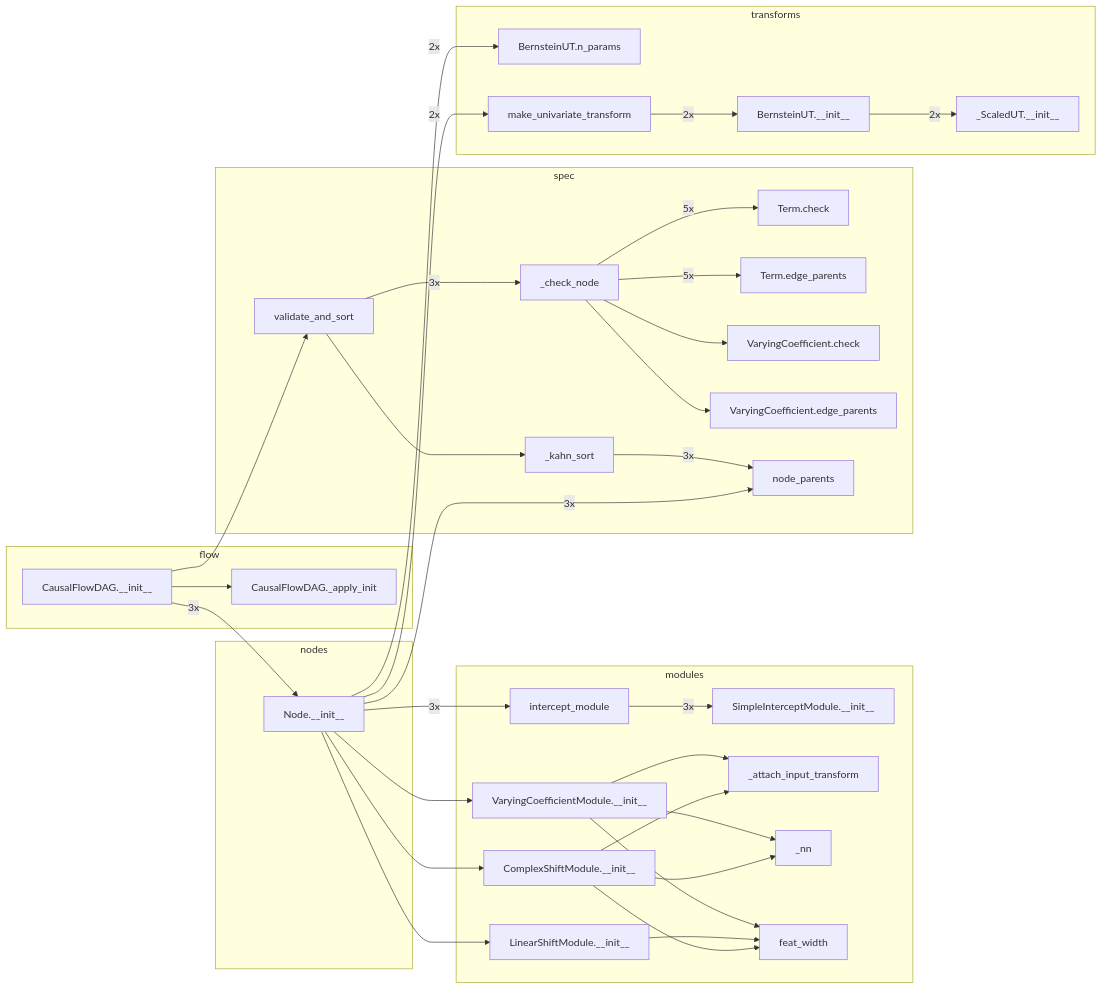
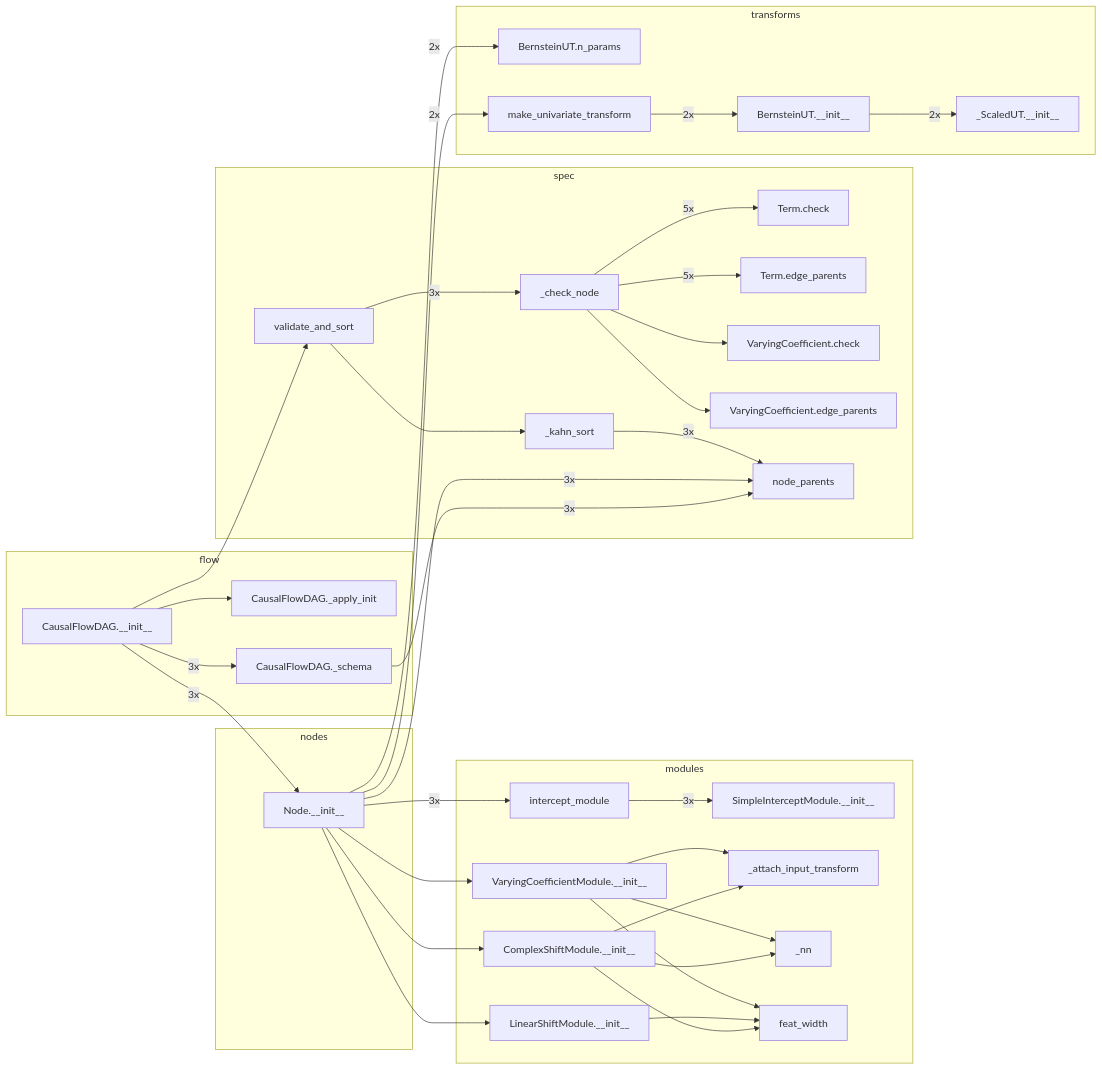
The fifth of 6 diagrams in docs/architecture.md (tensorchiefs/tramdag), drawn with Mermaid before and after one commit. The commit also changed other lines of this file and 3 other files, not shown here.

````diff
--- a/docs/architecture.md
+++ b/docs/architecture.md
@@ -283,63 +292,66 @@
 ```mermaid
 flowchart LR
   subgraph flow
     n0["CausalFlowDAG.__init__"]
     n1["CausalFlowDAG._apply_init"]
+    n2["CausalFlowDAG._schema"]
   end
   subgraph modules
-    n4["ComplexShiftModule.__init__"]
-    n8["LinearShiftModule.__init__"]
-    n11["SimpleInterceptModule.__init__"]
-    n9["VaryingCoefficientModule.__init__"]
-    n5["_attach_input_transform"]
-    n6["_nn"]
-    n7["feat_width"]
-    n10["intercept_module"]
+    n6["ComplexShiftModule.__init__"]
+    n10["LinearShiftModule.__init__"]
+    n13["SimpleInterceptModule.__init__"]
+    n11["VaryingCoefficientModule.__init__"]
+    n7["_attach_input_transform"]
+    n8["_nn"]
+    n9["feat_width"]
+    n12["intercept_module"]
   end
   subgraph nodes
-    n2["Node.__init__"]
+    n3["Node.__init__"]
   end
   subgraph spec
-    n16["Term.check"]
-    n17["Term.edge_parents"]
-    n18["VaryingCoefficient.check"]
-    n19["VaryingCoefficient.edge_parents"]
-    n15["_check_node"]
-    n20["_kahn_sort"]
-    n12["node_parents"]
-    n3["validate_and_sort"]
+    n17["Term.check"]
+    n18["Term.edge_parents"]
+    n19["VaryingCoefficient.check"]
+    n20["VaryingCoefficient.edge_parents"]
+    n16["_check_node"]
+    n21["_kahn_sort"]
+    n5["node_parents"]
+    n4["validate_and_sort"]
   end
   subgraph transforms
-    n21["BernsteinUT.__init__"]
-    n13["BernsteinUT.n_params"]
-    n22["_ScaledUT.__init__"]
-    n14["make_univariate_transform"]
+    n22["BernsteinUT.__init__"]
+    n14["BernsteinUT.n_params"]
+    n23["_ScaledUT.__init__"]
+    n15["make_univariate_transform"]
   end
     n0 --> n1
     n0 -- "3x" --> n2
-    n0 --> n3
-    n4 --> n5
-    n4 --> n6
-    n4 --> n7
-    n8 --> n7
-    n9 --> n5
-    n9 --> n6
-    n9 --> n7
-    n10 -- "3x" --> n11
-    n2 --> n4
-    n2 --> n8
-    n2 --> n9
-    n2 -- "3x" --> n10
-    n2 -- "3x" --> n12
-    n2 -- "2x" --> n13
-    n2 -- "2x" --> n14
-    n15 -- "5x" --> n16
-    n15 -- "5x" --> n17
-    n15 --> n18
-    n15 --> n19
-    n20 -- "3x" --> n12
-    n3 -- "3x" --> n15
-    n3 --> n20
-    n21 -- "2x" --> n22
-    n14 -- "2x" --> n21
+    n0 -- "3x" --> n3
+    n0 --> n4
+    n2 -- "3x" --> n5
+    n6 --> n7
+    n6 --> n8
+    n6 --> n9
+    n10 --> n9
+    n11 --> n7
+    n11 --> n8
+    n11 --> n9
+    n12 -- "3x" --> n13
+    n3 --> n6
+    n3 --> n10
+    n3 --> n11
+    n3 -- "3x" --> n12
+    n3 -- "3x" --> n5
+    n3 -- "2x" --> n14
+    n3 -- "2x" --> n15
+    n16 -- "5x" --> n17
+    n16 -- "5x" --> n18
+    n16 --> n19
+    n16 --> n20
+    n21 -- "3x" --> n5
+    n4 -- "3x" --> n16
+    n4 --> n21
+    n22 -- "2x" --> n23
+    n15 -- "2x" --> n22
 ```
````
